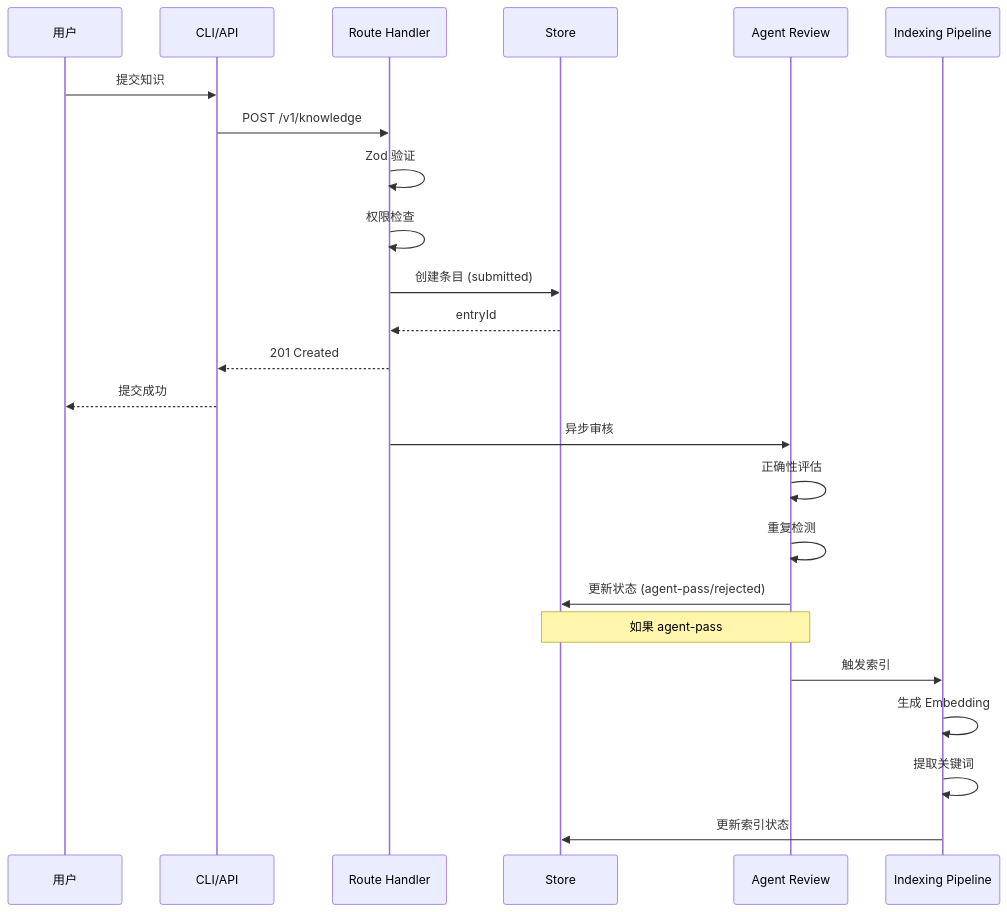
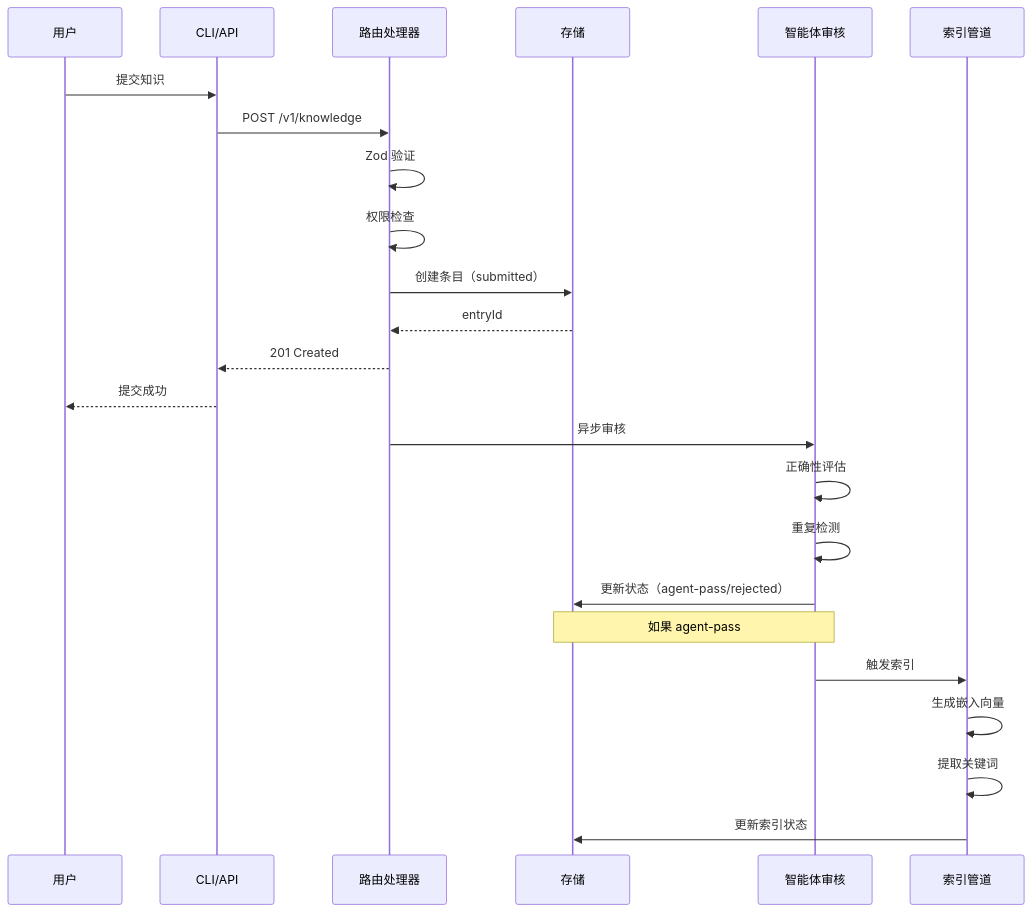
Before and after one commit to pofossette/TrapMap-for-vibing: the second of 10 diagrams in docs/architecture/FLOW.md, drawn with Mermaid. The commit also changed other lines of this file and 31 other files, not shown here.

````diff
--- a/docs/architecture/FLOW.md
+++ b/docs/architecture/FLOW.md
@@ -72,30 +72,30 @@
 ```mermaid
 sequenceDiagram
-    participant User as 用户
+    participant 用户 as 用户
     participant CLI as CLI/API
-    participant Route as Route Handler
-    participant Store as Store
-    participant Agent as Agent Review
-    participant Index as Indexing Pipeline
+    participant 路由 as 路由处理器
+    participant 存储 as 存储
+    participant 智能体 as 智能体审核
+    participant 索引 as 索引管道
 
-    User->>CLI: 提交知识
-    CLI->>Route: POST /v1/knowledge
-    Route->>Route: Zod 验证
-    Route->>Route: 权限检查
-    Route->>Store: 创建条目 (submitted)
-    Store-->>Route: entryId
-    Route-->>CLI: 201 Created
-    CLI-->>User: 提交成功
+    用户->>CLI: 提交知识
+    CLI->>路由: POST /v1/knowledge
+    路由->>路由: Zod 验证
+    路由->>路由: 权限检查
+    路由->>存储: 创建条目（submitted）
+    存储-->>路由: entryId
+    路由-->>CLI: 201 Created
+    CLI-->>用户: 提交成功
 
-    Route->>Agent: 异步审核
-    Agent->>Agent: 正确性评估
-    Agent->>Agent: 重复检测
-    Agent->>Store: 更新状态 (agent-pass/rejected)
+    路由->>智能体: 异步审核
+    智能体->>智能体: 正确性评估
+    智能体->>智能体: 重复检测
+    智能体->>存储: 更新状态（agent-pass/rejected）
 
-    Note over Agent,Store: 如果 agent-pass
+    Note over 智能体,存储: 如果 agent-pass
 
-    Agent->>Index: 触发索引
-    Index->>Index: 生成 Embedding
-    Index->>Index: 提取关键词
-    Index->>Store: 更新索引状态
+    智能体->>索引: 触发索引
+    索引->>索引: 生成嵌入向量
+    索引->>索引: 提取关键词
+    索引->>存储: 更新索引状态
 ```
````
